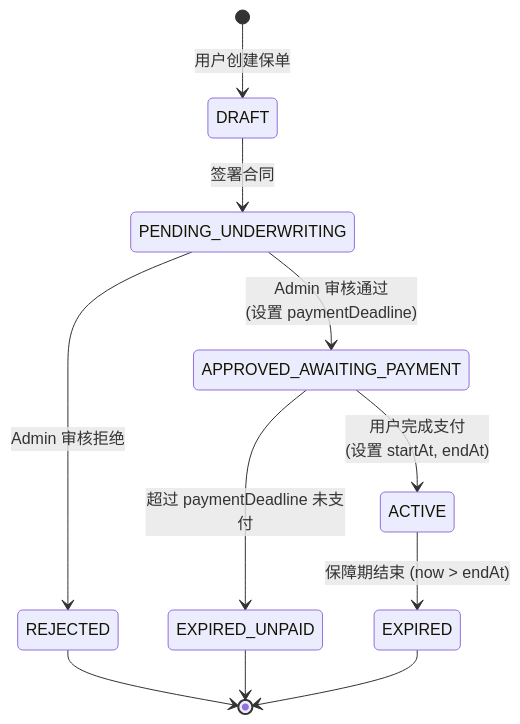
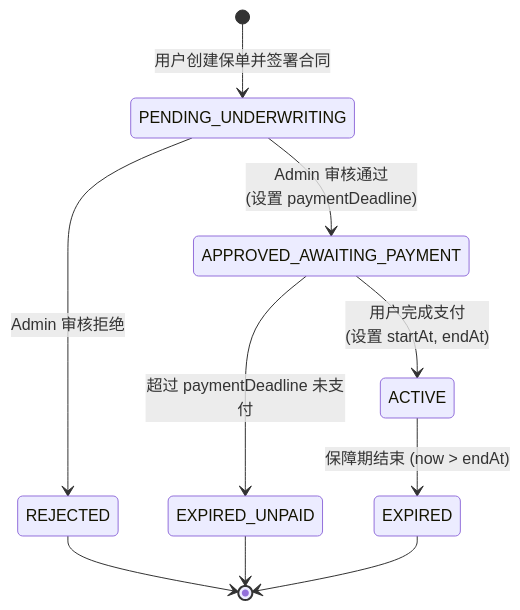
The first of 2 diagrams in apps/api/README.md (samztz/cohe-capitl-monorepo), drawn with Mermaid before and after one commit. The commit also changed other lines of this file and 23 other files, not shown here.

````diff
--- a/apps/api/README.md
+++ b/apps/api/README.md
@@ -247,18 +246,16 @@
 ```mermaid
 stateDiagram-v2
-    [*] --> DRAFT: 用户创建保单
-
-    DRAFT --> PENDING_UNDERWRITING: 签署合同
+    [*] --> PENDING_UNDERWRITING: 用户创建保单并签署合同
 
     PENDING_UNDERWRITING --> APPROVED_AWAITING_PAYMENT: Admin 审核通过<br/>(设置 paymentDeadline)
     PENDING_UNDERWRITING --> REJECTED: Admin 审核拒绝
 
     APPROVED_AWAITING_PAYMENT --> ACTIVE: 用户完成支付<br/>(设置 startAt, endAt)
     APPROVED_AWAITING_PAYMENT --> EXPIRED_UNPAID: 超过 paymentDeadline 未支付
 
     ACTIVE --> EXPIRED: 保障期结束 (now > endAt)
 
     REJECTED --> [*]
     EXPIRED_UNPAID --> [*]
     EXPIRED --> [*]
 ```
````
